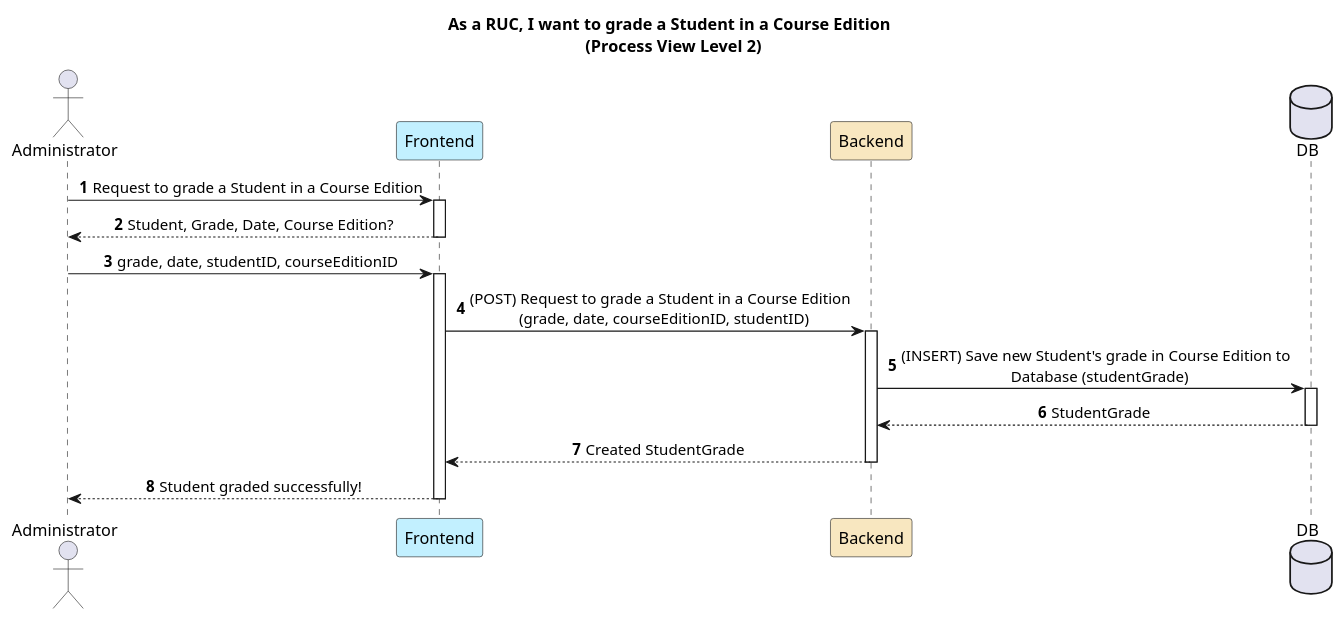
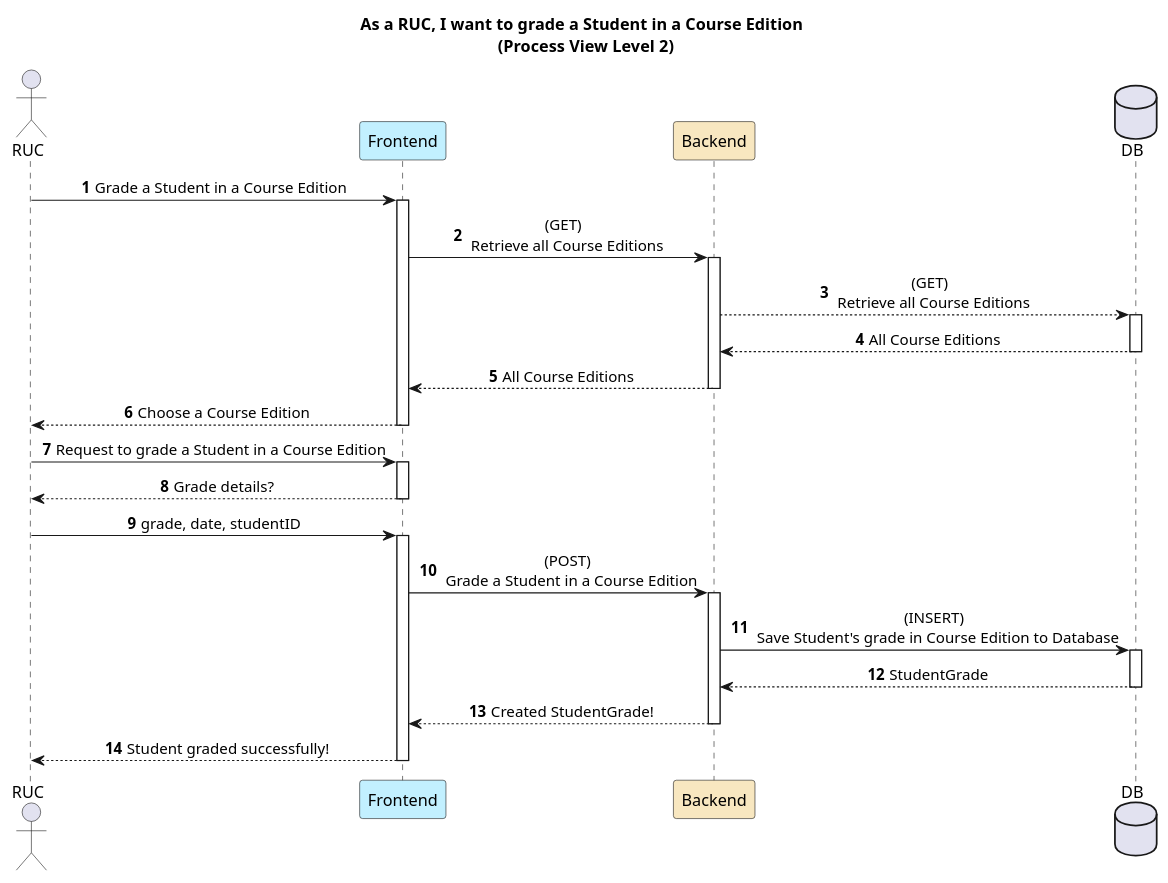
One commit to GasparISEP/DevOps-PAI changed the diagram in docs/US22/REST_API/ProcessView/Level2.puml. Above: the diagram before and after it, drawn with PlantUML. The commit also changed 1 other file, not shown here.

Commit message:
Refs #560: Improve Level 1 and 2 of ProcessView diagrams of US22 Student Grading funcionality

```diff
--- a/docs/US22/REST_API/ProcessView/Level2.puml
+++ b/docs/US22/REST_API/ProcessView/Level2.puml
@@ -1,31 +1,52 @@
 @startuml
+
 autonumber
-
 title As a RUC, I want to grade a Student in a Course Edition \n (Process View Level 2)
 
 skinparam sequencemessagealign center
 
-actor Administrator as Admin
+actor RUC as RUC
 participant "Frontend" as FE #application
 participant "Backend" as BE #strategy
 database DB
 
 
-Admin -> FE: Request to grade a Student in a Course Edition
+''RUC -> FE: Grade a Student in a Course Edition
+''activate FE
+''FE --> RUC: Grade details?
+''RUC -> FE: grade, date, studentID
+''FE --> RUC : Which Course Edition?
+''deactivate FE
+
+RUC -> FE : Grade a Student in a Course Edition
 activate FE
-FE --> Admin: Student, Grade, Date, Course Edition?
+FE -> BE : (GET) \n Retrieve all Course Editions
+activate BE
+BE --> DB : (GET) \n Retrieve all Course Editions
+activate DB
+DB --> BE : All Course Editions
+deactivate DB
+BE --> FE : All Course Editions
+deactivate BE
+FE --> RUC : Choose a Course Edition
 deactivate FE
-Admin -> FE: grade, date, studentID, courseEditionID
+
+RUC -> FE : Request to grade a Student in a Course Edition
 activate FE
-FE -> BE : (POST) Request to grade a Student in a Course Edition \n (grade, date, courseEditionID, studentID)
+FE --> RUC: Grade details?
+deactivate FE
+RUC -> FE: grade, date, studentID
+activate FE
+FE -> BE : (POST) \n Grade a Student in a Course Edition
 activate BE
-BE -> DB: (INSERT) Save new Student's grade in Course Edition to \n Database (studentGrade)
+BE -> DB: (INSERT) \n Save Student's grade in Course Edition to Database
 activate DB
 DB --> BE: StudentGrade
 deactivate DB
-BE --> FE: Created StudentGrade
+BE --> FE: Created StudentGrade!
 deactivate BE
-FE --> Admin: Student graded successfully!
+FE --> RUC: Student graded successfully!
 deactivate FE
 
+
 @enduml
```
